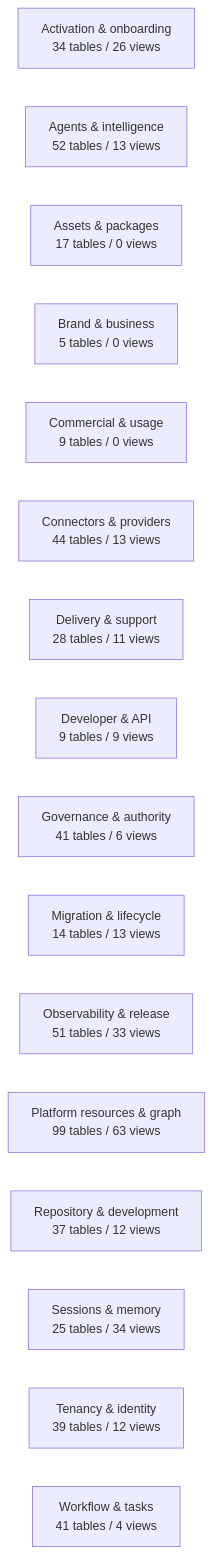
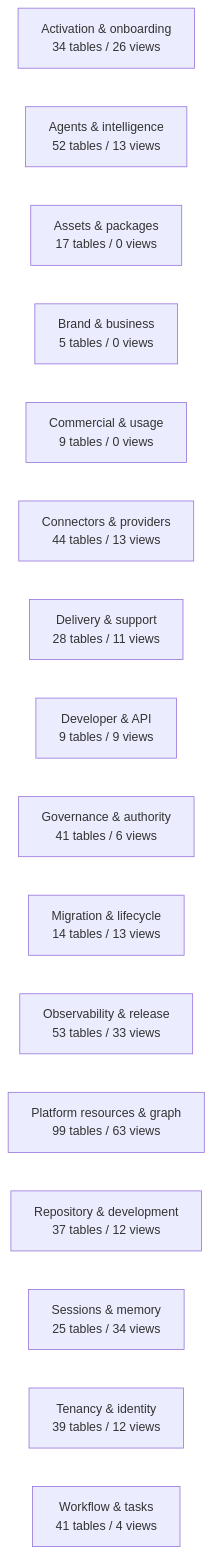
The diagram in docs/work-maps/data-model-domain-map.md (mad4bdigital-ai/multi-business-multi-role-growth-intelligence-os), drawn with Mermaid before and after one commit. The commit also changed other lines of this file and 22 other files, not shown here.

````diff
--- a/docs/work-maps/data-model-domain-map.md
+++ b/docs/work-maps/data-model-domain-map.md
@@ -9,19 +9,19 @@
 ```mermaid
 flowchart LR
   n_Activation___onboarding["Activation & onboarding<br/>34 tables / 26 views"]
   n_Agents___intelligence["Agents & intelligence<br/>52 tables / 13 views"]
   n_Assets___packages["Assets & packages<br/>17 tables / 0 views"]
   n_Brand___business["Brand & business<br/>5 tables / 0 views"]
   n_Commercial___usage["Commercial & usage<br/>9 tables / 0 views"]
   n_Connectors___providers["Connectors & providers<br/>44 tables / 13 views"]
   n_Delivery___support["Delivery & support<br/>28 tables / 11 views"]
   n_Developer___API["Developer & API<br/>9 tables / 9 views"]
   n_Governance___authority["Governance & authority<br/>41 tables / 6 views"]
   n_Migration___lifecycle["Migration & lifecycle<br/>14 tables / 13 views"]
-  n_Observability___release["Observability & release<br/>51 tables / 33 views"]
+  n_Observability___release["Observability & release<br/>53 tables / 33 views"]
   n_Platform_resources___graph["Platform resources & graph<br/>99 tables / 63 views"]
   n_Repository___development["Repository & development<br/>37 tables / 12 views"]
   n_Sessions___memory["Sessions & memory<br/>25 tables / 34 views"]
   n_Tenancy___identity["Tenancy & identity<br/>39 tables / 12 views"]
   n_Workflow___tasks["Workflow & tasks<br/>41 tables / 4 views"]
 ```
````
